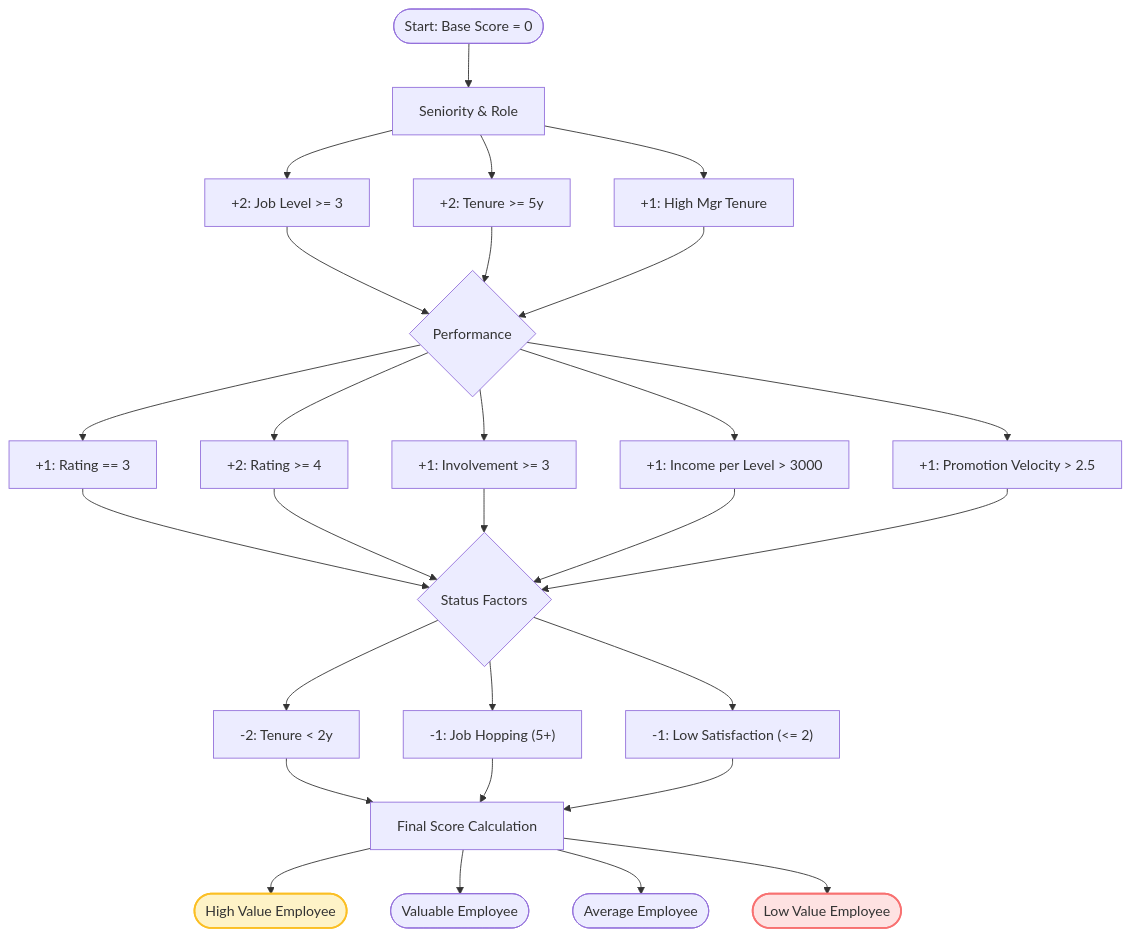
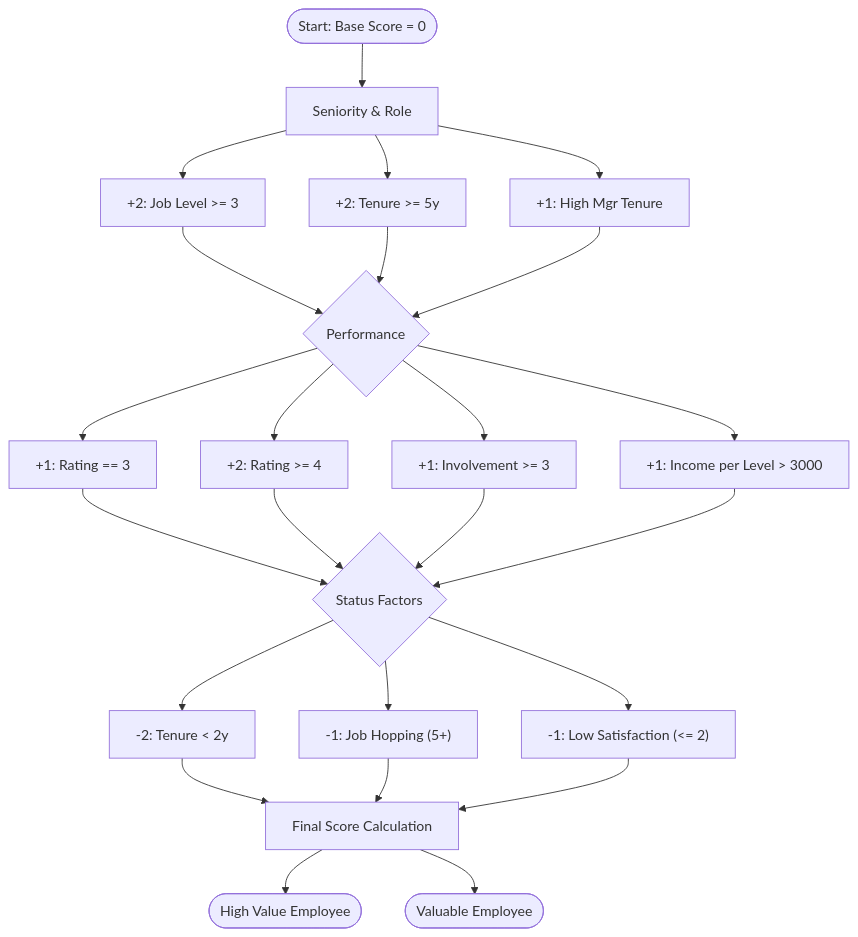
The first of 3 diagrams in README.md (Andrew-Hany/employee-attrition-decision-system), drawn with Mermaid before and after one commit. The commit also changed other lines of this file, not shown here.

````diff
--- a/README.md
+++ b/README.md
@@ -56,34 +24,19 @@
 ```mermaid
 graph TD
     Start([Start: Base Score = 0]) --> Seniority[Seniority & Role]
-    
     Seniority --> JL["+2: Job Level >= 3"]
     Seniority --> TC["+2: Tenure >= 5y"]
     Seniority --> MT["+1: High Mgr Tenure"]
-    
-    JL --> Perf{Performance}
-    TC --> Perf
-    MT --> Perf
-    
+    JL & TC & MT --> Perf{Performance}
     Perf --> PR3["+1: Rating == 3"]
     Perf --> PR4["+2: Rating >= 4"]
     Perf --> JI["+1: Involvement >= 3"]
     Perf --> IE["+1: Income per Level > 3000"]
-    Perf --> PV["+1: Promotion Velocity > 2.5"]
-    
-    PR3 & PR4 & JI & IE & PV --> Status{Status Factors}
-    
+    PR3 & PR4 & JI & IE --> Status{Status Factors}
     Status --> ST["-2: Tenure < 2y"]
     Status --> JH["-1: Job Hopping (5+)"]
     Status --> LS["-1: Low Satisfaction (<= 2)"]
-    
     ST & JH & LS --> Score[Final Score Calculation]
-    
     Score --> HV([High Value Employee])
     Score --> V([Valuable Employee])
-    Score --> A([Average Employee])
-    Score --> LV([Low Value Employee])
-    
-    style HV fill:#fef3c7,stroke:#fbbf24,stroke-width:2px
-    style LV fill:#fee2e2,stroke:#f87171,stroke-width:2px
 ```
````
